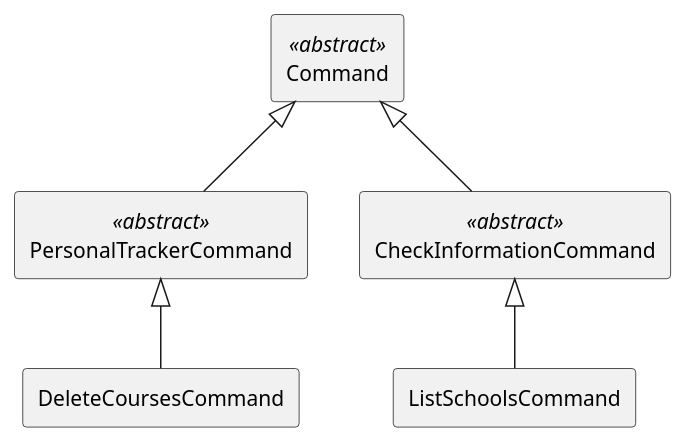
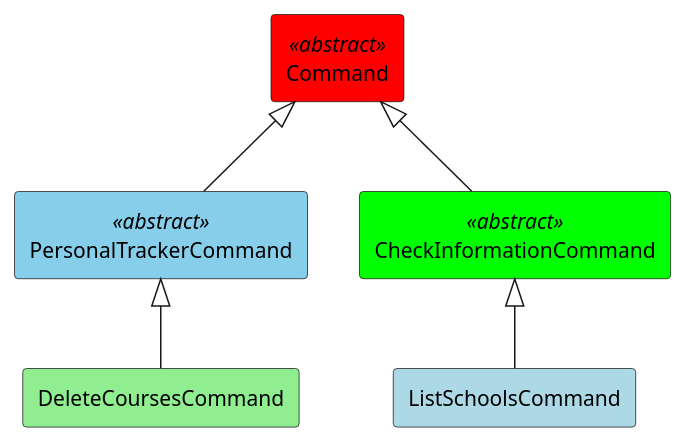
The diagram in uml-diagrams/MiniCommandClass.puml (nus-cs2113-AY2425S1/tp), drawn with PlantUML before and after one commit. The commit also changed 3 other files, not shown here.

Commit message:
Add colour to charts

```diff
--- a/uml-diagrams/MiniCommandClass.puml
+++ b/uml-diagrams/MiniCommandClass.puml
@@ -1,17 +1,17 @@
 @startuml
 
 skinparam componentStyle rectangle
 
-component PersonalTrackerCommand <<abstract>>
-component CheckInformationCommand <<abstract>>
-component ListSchoolsCommand
-component DeleteCoursesCommand
-component Command <<abstract>>
+component PersonalTrackerCommand <<abstract>> #skyblue
+component CheckInformationCommand <<abstract>> #lime
+component ListSchoolsCommand #lightblue
+component DeleteCoursesCommand #lightgreen
+component Command <<abstract>> #red
 
 PersonalTrackerCommand -up-|> Command
 CheckInformationCommand -up-|> Command
 
 ListSchoolsCommand -up-|> CheckInformationCommand
 DeleteCoursesCommand -up-|> PersonalTrackerCommand
 
 @enduml
```
